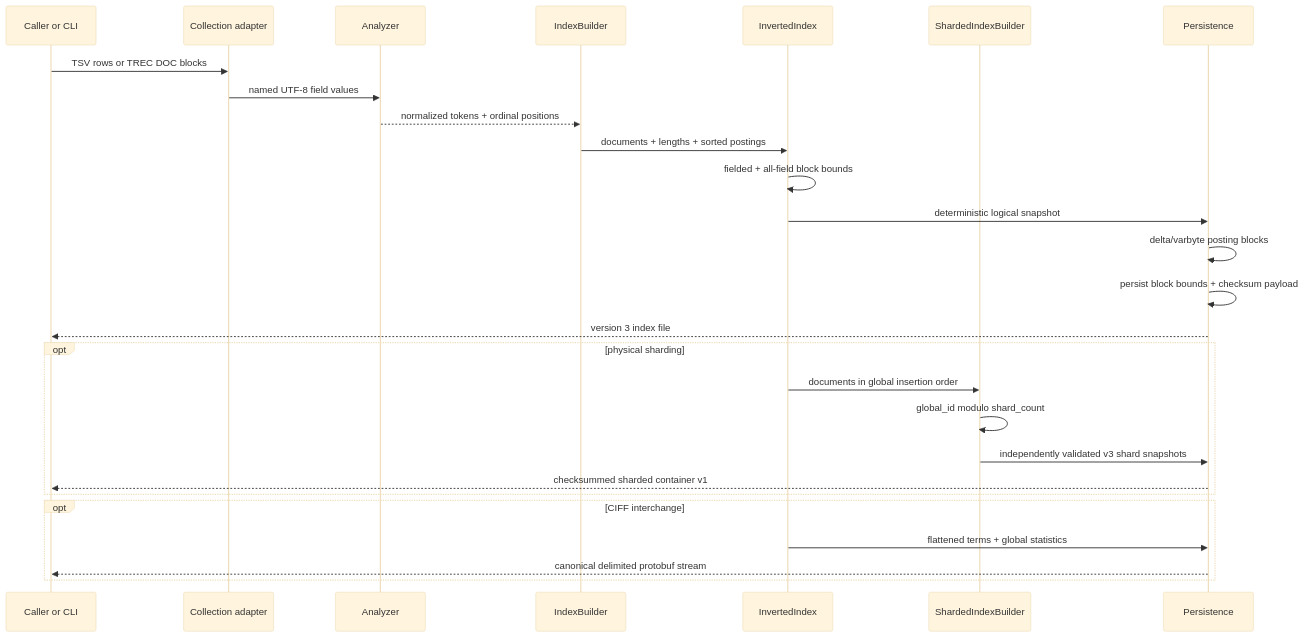
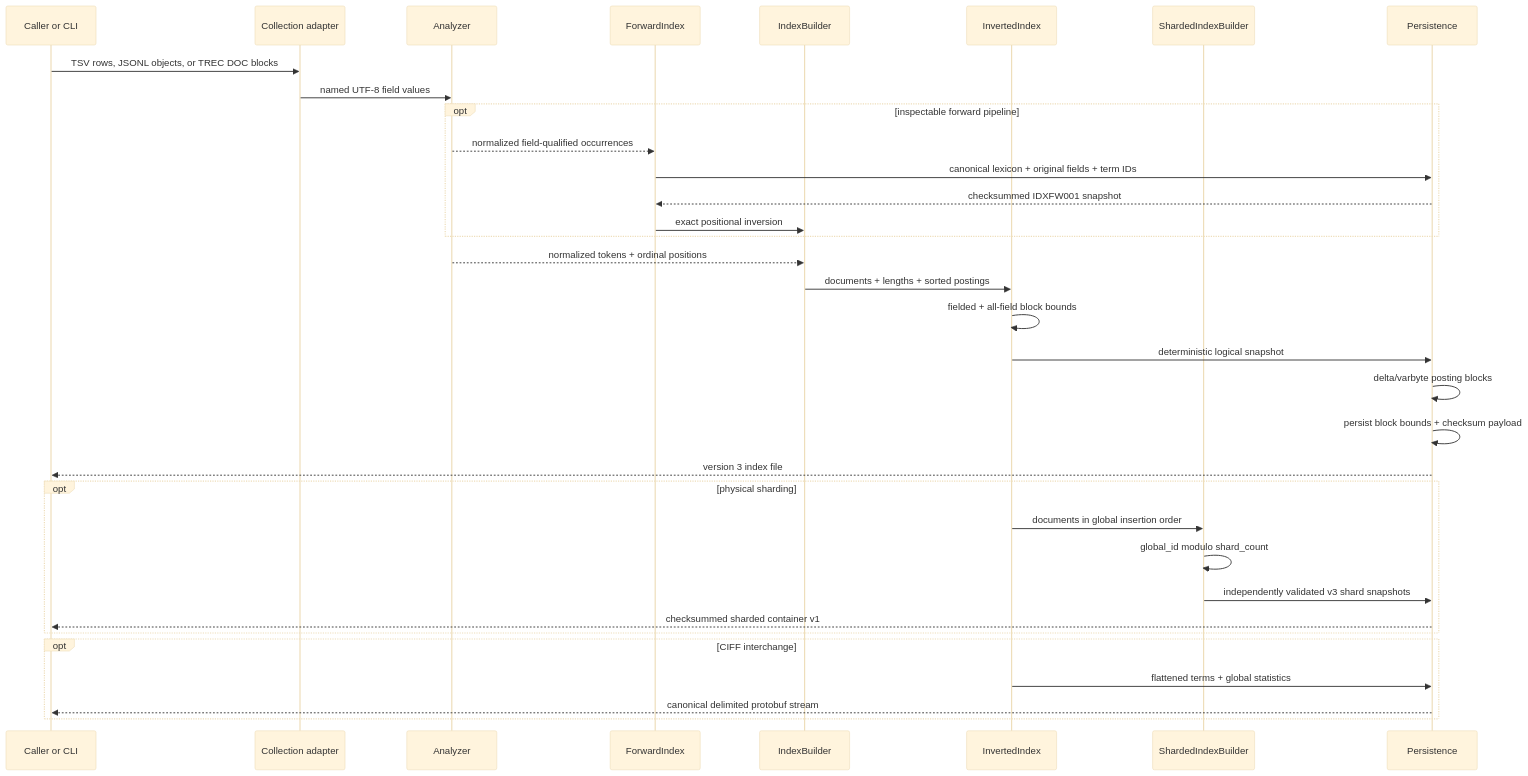
Before and after one commit to appleweiping/IndexSail: the first of 2 diagrams in docs/architecture.md, drawn with Mermaid (base theme). The commit also changed other lines of this file and 16 other files, not shown here.

Commit message:
Add bounded forward-index collection pipeline

````diff
--- a/docs/architecture.md
+++ b/docs/architecture.md
@@ -24,30 +26,37 @@
 ```mermaid
 sequenceDiagram
     participant U as Caller or CLI
     participant A as Collection adapter
     participant N as Analyzer
+    participant F as ForwardIndex
     participant B as IndexBuilder
     participant I as InvertedIndex
     participant S as ShardedIndexBuilder
     participant P as Persistence
 
-    U->>A: TSV rows or TREC DOC blocks
+    U->>A: TSV rows, JSONL objects, or TREC DOC blocks
     A->>N: named UTF-8 field values
+    opt inspectable forward pipeline
+        N-->>F: normalized field-qualified occurrences
+        F->>P: canonical lexicon + original fields + term IDs
+        P-->>F: checksummed IDXFW001 snapshot
+        F->>B: exact positional inversion
+    end
     N-->>B: normalized tokens + ordinal positions
     B->>I: documents + lengths + sorted postings
     I->>I: fielded + all-field block bounds
     I->>P: deterministic logical snapshot
     P->>P: delta/varbyte posting blocks
     P->>P: persist block bounds + checksum payload
     P-->>U: version 3 index file
     opt physical sharding
         I->>S: documents in global insertion order
         S->>S: global_id modulo shard_count
         S->>P: independently validated v3 shard snapshots
         P-->>U: checksummed sharded container v1
     end
     opt CIFF interchange
         I->>P: flattened terms + global statistics
         P-->>U: canonical delimited protobuf stream
     end
 ```
````
